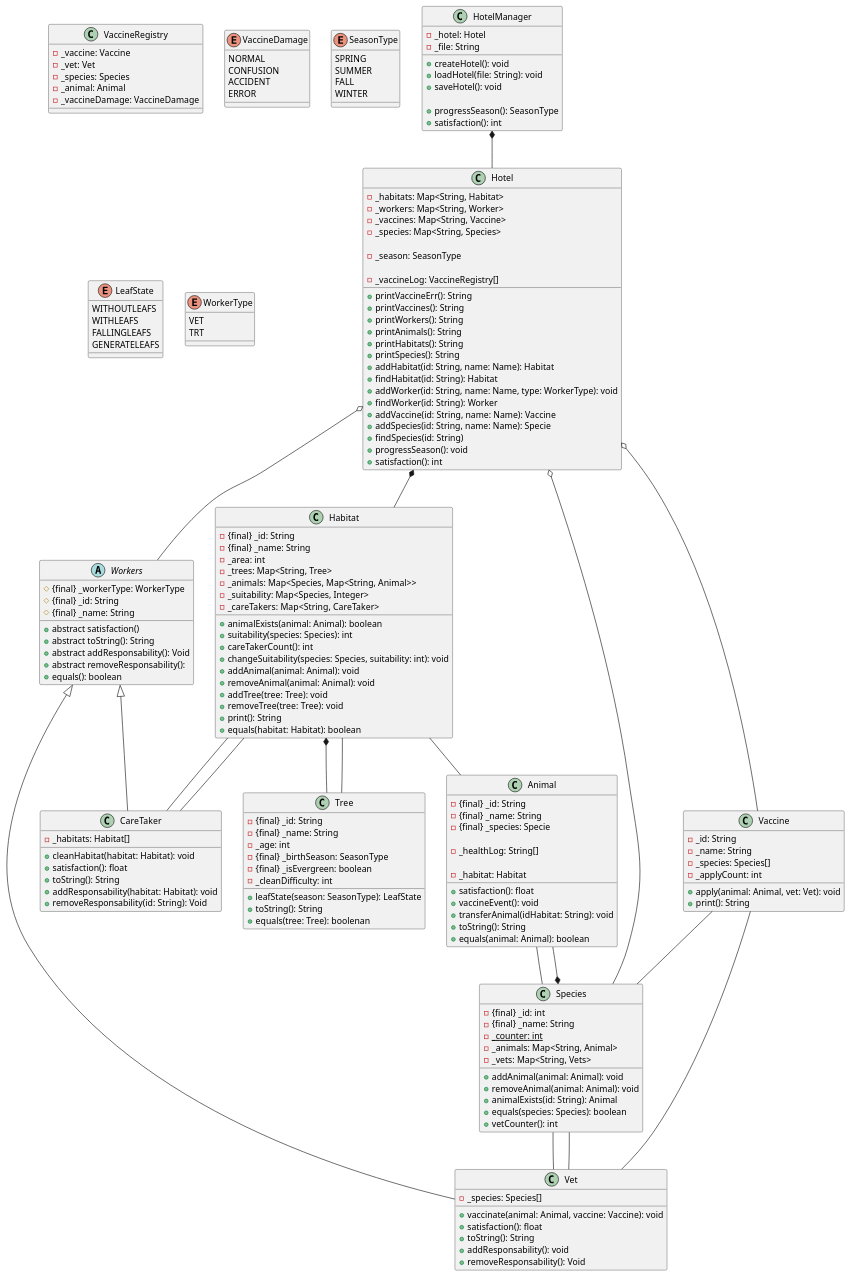
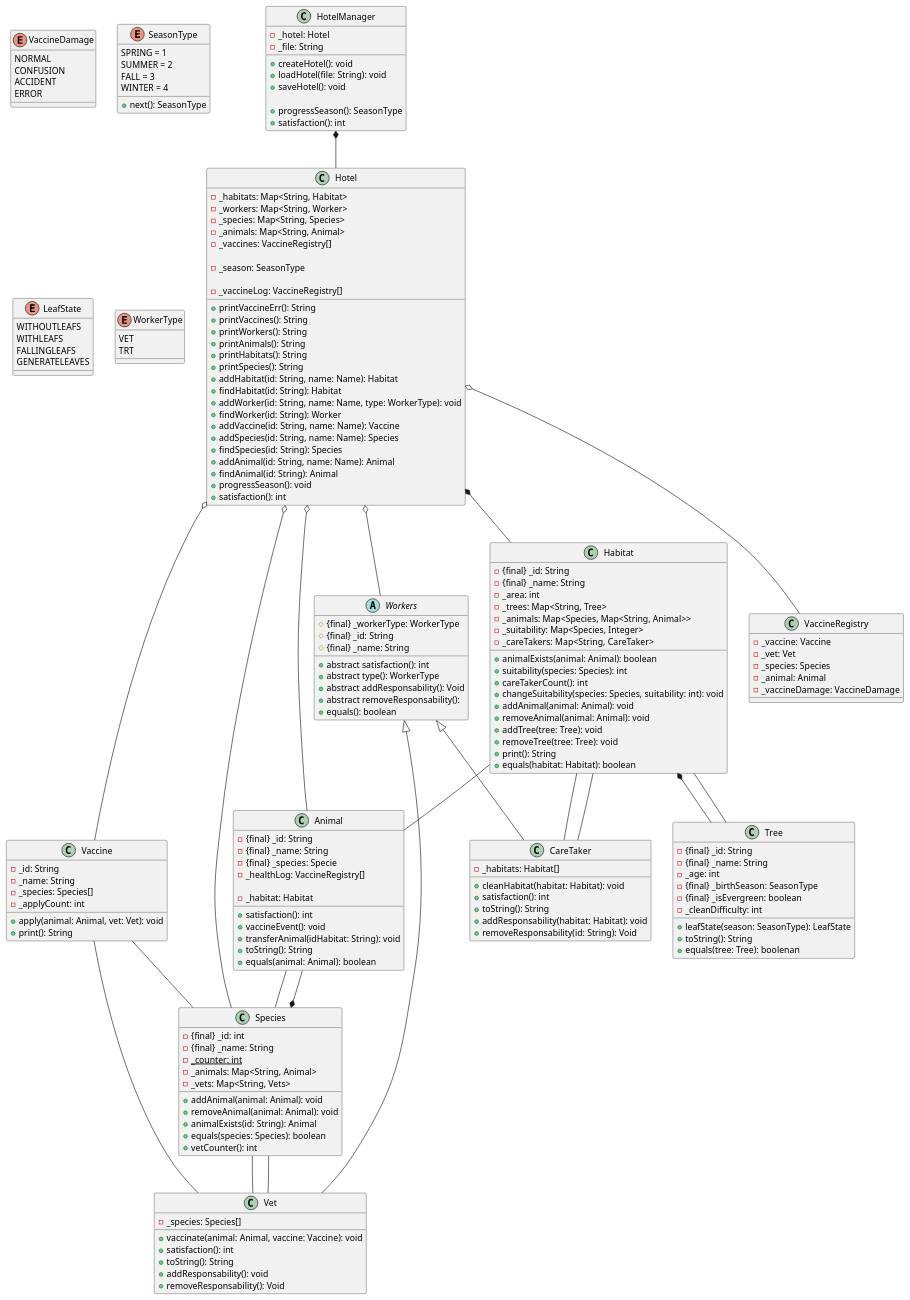
The diagram in vet.puml (SkyDev125/po_project), drawn with PlantUML before and after one commit. The commit also changed 1 other file, not shown here.

```diff
--- a/vet.puml
+++ b/vet.puml
@@ -28,8 +28,9 @@
 class Hotel{
     - _habitats: Map<String, Habitat>
     - _workers: Map<String, Worker>
-    - _vaccines: Map<String, Vaccine>
     - _species: Map<String, Species>
+    - _animals: Map<String, Animal>
+    - _vaccines: VaccineRegistry[]
 
     ' Check how to notify tree listeners.
     - _season: SeasonType
@@ -46,11 +47,10 @@
     + addWorker(id: String, name: Name, type: WorkerType): void
     + findWorker(id: String): Worker
     + addVaccine(id: String, name: Name): Vaccine
-    + addSpecies(id: String, name: Name): Specie
-    + findSpecies(id: String)
-
-    ' Species have animals... should species have addAnimal() or here?
-    
+    + addSpecies(id: String, name: Name): Species
+    + findSpecies(id: String): Species
+    + addAnimal(id: String, name: Name): Animal
+    + findAnimal(id: String): Animal
     + progressSeason(): void
     + satisfaction(): int
 }
@@ -93,14 +93,10 @@
     - {final} _id: String
     - {final} _name: String
     - {final} _species: Specie
+    - _healthLog: VaccineRegistry[]
 
-    ' Should we have a healthlog here that saves the VaccineDamage?
-    ' Or should we just use the VaccineRegistry in Hotel and
-    ' filter for the specific animal?
-    - _healthLog: String[]
-
-    - _habitat: Habitat
-    + satisfaction(): float
+    - _habitat: Habitat 
+    + satisfaction(): int
     + vaccineEvent(): void
     + transferAnimal(idHabitat: String): void
     + toString(): String
@@ -123,8 +119,8 @@
     # {final} _workerType: WorkerType
     # {final} _id: String
     # {final} _name: String
-    + abstract satisfaction()
-    + abstract toString(): String
+    + abstract satisfaction(): int
+    + abstract type(): WorkerType
     + abstract addResponsability(): Void
     + abstract removeResponsability(): 
     + equals(): boolean
@@ -133,7 +129,7 @@
 class CareTaker extends Workers{
     - _habitats: Habitat[]
     + cleanHabitat(habitat: Habitat): void
-    + satisfaction(): float
+    + satisfaction(): int
     + toString(): String
     + addResponsability(habitat: Habitat): void
     + removeResponsability(id: String): Void
@@ -142,7 +138,7 @@
 class Vet extends Workers{
     - _species: Species[]
     + vaccinate(animal: Animal, vaccine: Vaccine): void
-    + satisfaction(): float
+    + satisfaction(): int
     + toString(): String
     + addResponsability(): void
     + removeResponsability(): Void
@@ -166,6 +162,7 @@
 }
 
 
+' Enums
 enum VaccineDamage {
     NORMAL
     CONFUSION
@@ -174,23 +171,26 @@
 }
 
 enum SeasonType {
-    SPRING
-    SUMMER
-    FALL
-    WINTER
+    SPRING = 1
+    SUMMER = 2
+    FALL = 3
+    WINTER = 4
+
+    +next(): SeasonType
 }
 
 enum LeafState {
     WITHOUTLEAFS
     WITHLEAFS
     FALLINGLEAFS
-    GENERATELEAFS
+    GENERATELEAVES
 }
 
 enum WorkerType {
     VET
     TRT
 }
+
 
 ' Relationships
 HotelManager *-- Hotel
@@ -199,6 +199,8 @@
 Hotel o-- Workers
 Hotel o-- Vaccine
 Hotel o-- Species
+Hotel o-- Animal
+Hotel o-- VaccineRegistry
 
 Habitat *-- Tree
 Habitat -- Animal
@@ -218,7 +220,4 @@
 Vaccine -- Species
 Vaccine -- Vet
 
-' Vacinas podem existir sem existencia de um Vet? Devo guardar num singleton? por hotel
-' A estação do ano é sempre a mesma sobre todos os Veterinarios no mundo? ou podemos ter varias? se não fica como singleton. por hotel
-' Especies podem existir fora de um Vet? se sim devo guardar num singleton? para que possam ser utilizadas noutros vets sem ter de as registar denovo? por hotel.
 @enduml
```
